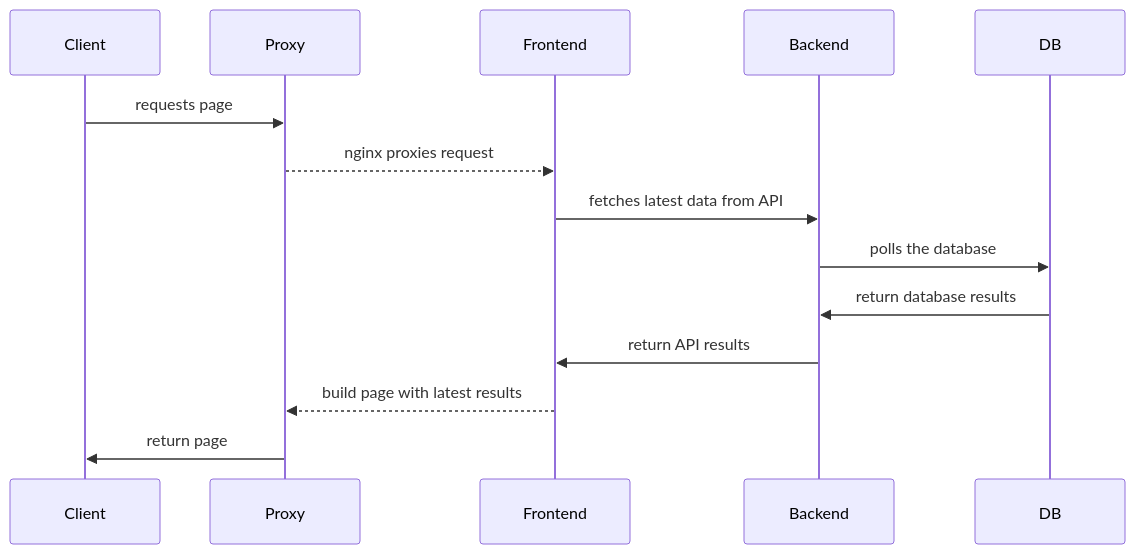
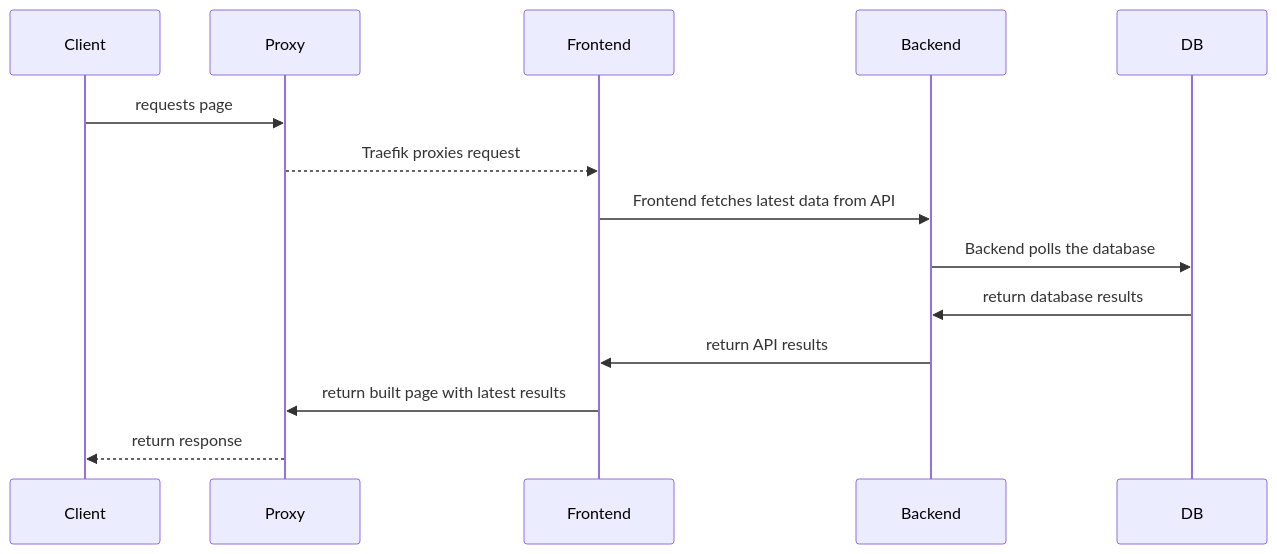
Before and after one commit to WGBH-MLA/ov-deploy: the diagram in docs/stack.md, drawn with Mermaid. The commit also changed other lines of this file and 13 other files, not shown here.

````diff
--- a/docs/stack.md
+++ b/docs/stack.md
@@ -96,11 +116,11 @@
 ```mermaid
 sequenceDiagram
 Client ->> Proxy: requests page
-Proxy -->> Frontend: nginx proxies request
-Frontend ->> Backend: fetches latest data from API
-Backend ->> DB: polls the database
+Proxy -->> Frontend: Traefik proxies request
+Frontend ->> Backend: Frontend  fetches latest data from API
+Backend ->> DB: Backend polls the database
 DB ->> Backend: return database results
 Backend ->> Frontend: return API results
-Frontend -->> Proxy: build page with latest results
-Proxy ->> Client: return page
+Frontend ->> Proxy: return built page with latest results
+Proxy -->> Client: return response
 ```
````
